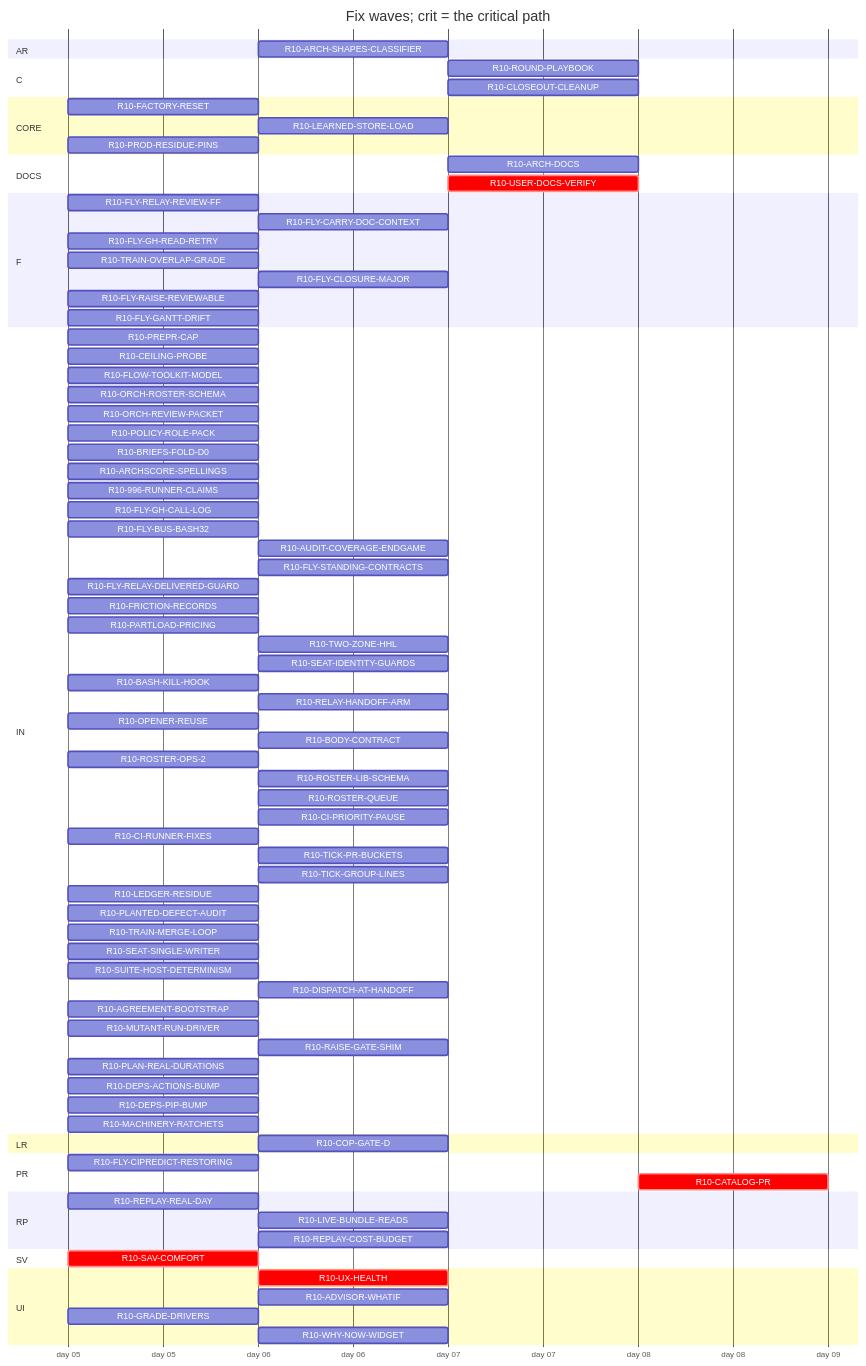
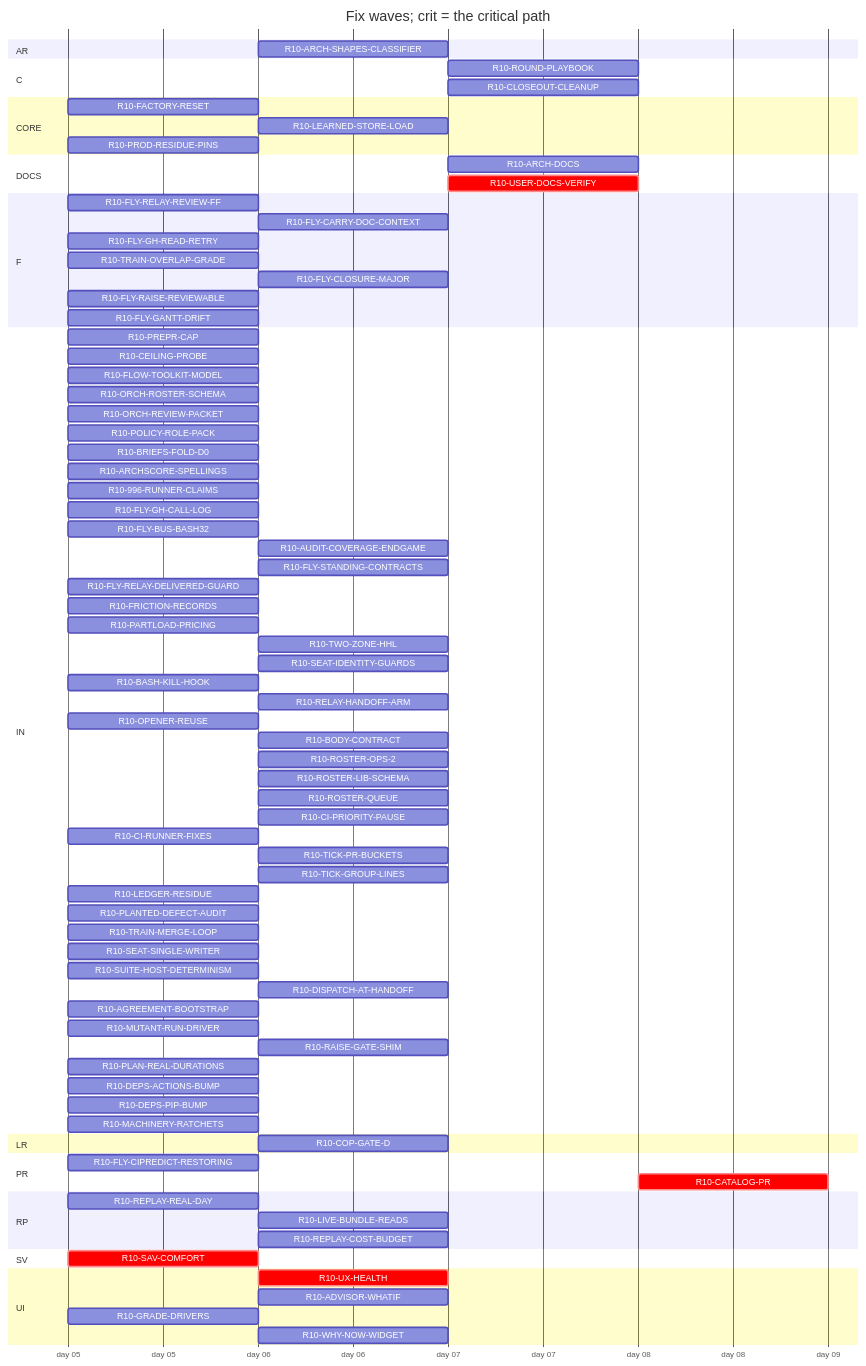
Before and after one commit to tvofi/heatpump_optimizer: the diagram in handoff/round10/state/PLAN-TABLE.md, drawn with Mermaid. The commit also changed other lines of this file and 4 other files, not shown here.

Commit message:
state: FLOW-BOARD.md, NEXT-SESSION-PROMPT.md, PLAN-TABLE.md, PLAN.html, RESUME-CURRENT.md regenerated (state_docs.py)

```diff
--- a/handoff/round10/state/PLAN-TABLE.md
+++ b/handoff/round10/state/PLAN-TABLE.md
@@ -69,7 +69,7 @@
     R10-RELAY-HANDOFF-ARM :r10RELAYHANDOFFARM, after r10FLYRELAYREVIEWFF, 1d
     R10-OPENER-REUSE :r10OPENERREUSE, 2026-01-05, 1d
     R10-BODY-CONTRACT :r10BODYCONTRACT, after r10FLYRELAYREVIEWFF r10MUTANTRUNDRIVER, 1d
-    R10-ROSTER-OPS-2 :r10ROSTEROPS2, 2026-01-05, 1d
+    R10-ROSTER-OPS-2 :r10ROSTEROPS2, after r10ORCHROSTERSCHEMA, 1d
     R10-ROSTER-LIB-SCHEMA :r10ROSTERLIBSCHEMA, after r10ORCHROSTERSCHEMA, 1d
     R10-ROSTER-QUEUE :r10ROSTERQUEUE, after r10ORCHROSTERSCHEMA, 1d
     R10-CI-PRIORITY-PAUSE :r10CIPRIORITYPAUSE, after r10ORCHROSTERSCHEMA, 1d
```
